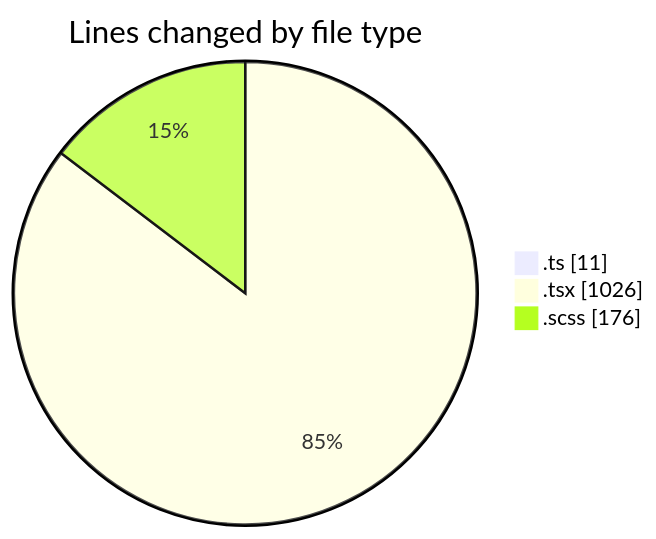
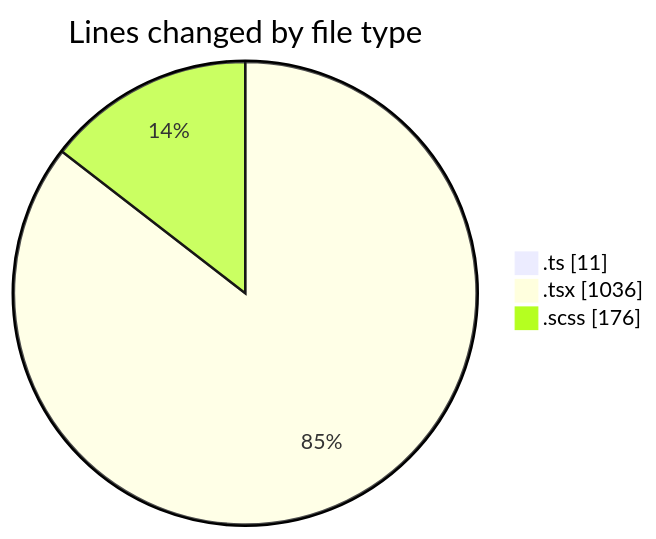
Before and after one commit to momahboobian/code-tracking: the first of 2 diagrams in 2025-03-21/cda/README.md, drawn with Mermaid. The commit also changed other lines of this file and 1 other file, not shown here.

````diff
--- a/2025-03-21/cda/README.md
+++ b/2025-03-21/cda/README.md
@@ -28,7 +28,7 @@
 ```mermaid
 pie showData
 title Lines changed by file type
 ".ts" : 11
-".tsx" : 1026
+".tsx" : 1036
 ".scss" : 176
 ```
````
